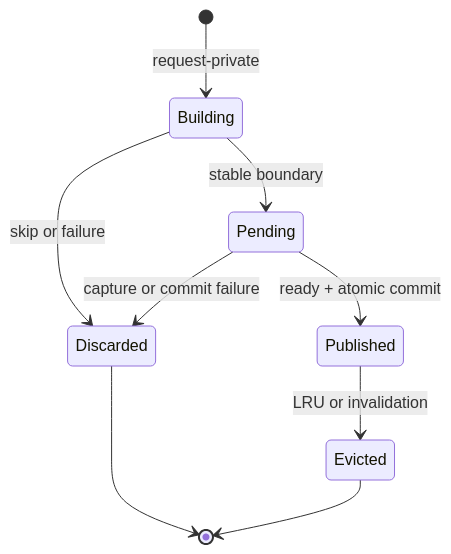
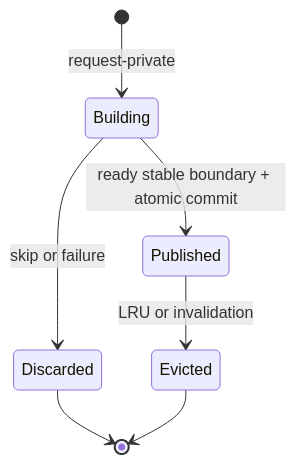
The third of 3 diagrams in design/in_progress/production_context_cache_design.md (ConstBob/TensorRT-Edge-LLM), drawn with Mermaid before and after one commit. The commit also changed other lines of this file and 117 other files, not shown here.

````diff
--- a/design/in_progress/production_context_cache_design.md
+++ b/design/in_progress/production_context_cache_design.md
@@ -237,11 +289,9 @@
 ```mermaid
 stateDiagram-v2
     [*] --> Building: request-private
-    Building --> Pending: stable boundary
+    Building --> Published: ready stable boundary + atomic commit
     Building --> Discarded: skip or failure
-    Pending --> Published: ready + atomic commit
-    Pending --> Discarded: capture or commit failure
     Published --> Evicted: LRU or invalidation
     Discarded --> [*]
     Evicted --> [*]
 ```
````
